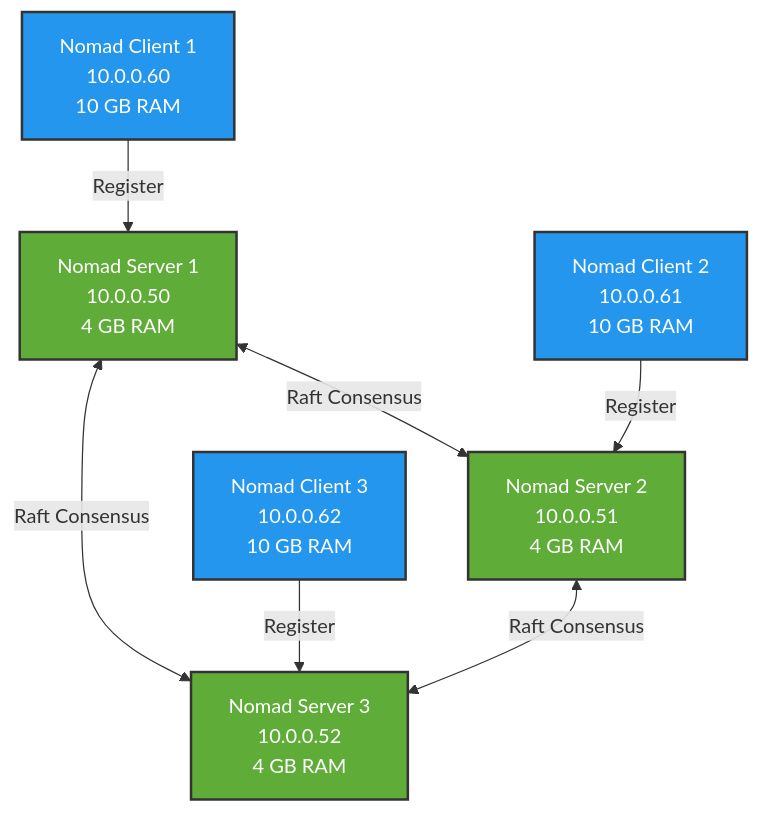
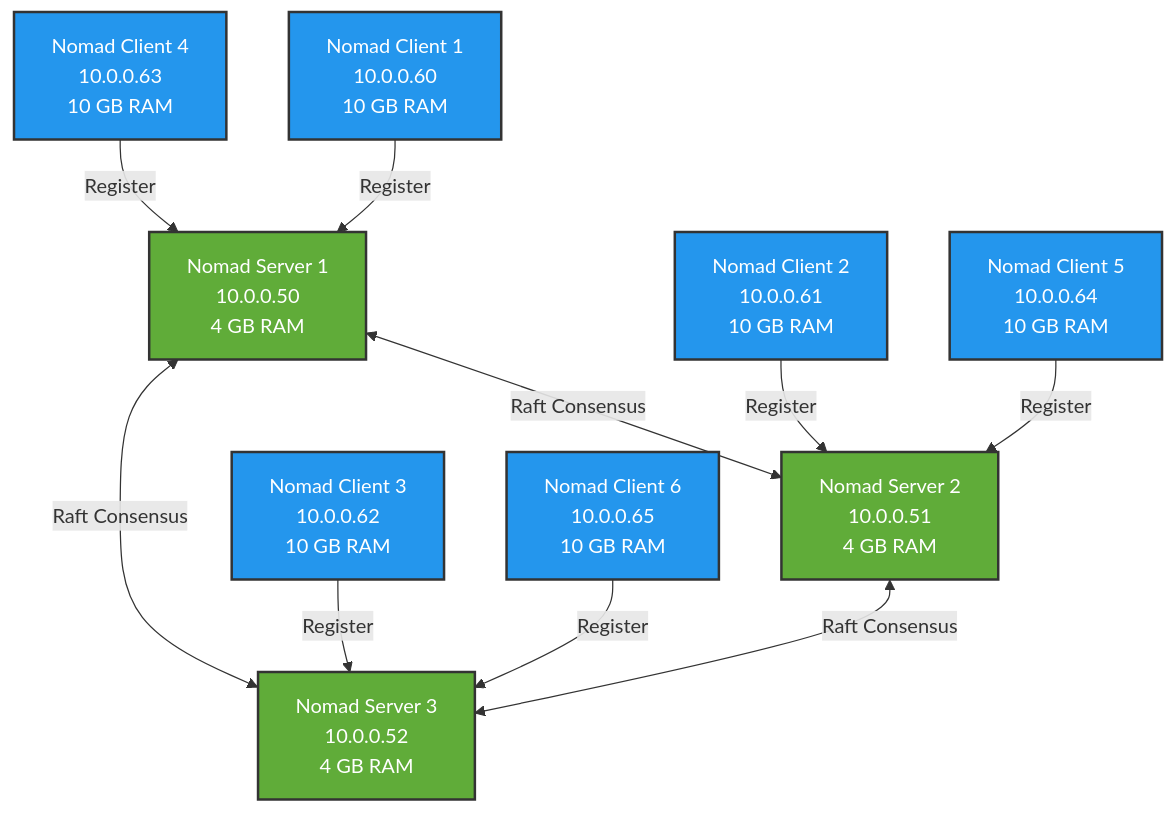
Before and after one commit to jharter1/hashi_homelab: the first of 3 diagrams in README.md, drawn with Mermaid. The commit also changed other lines of this file and 16 other files, not shown here.

First line of the commit message:
Update documentation and scripts for expanded Nomad client infrastructure

````diff
--- a/README.md
+++ b/README.md
@@ -44,24 +44,33 @@
 ```mermaid
 graph TD
     Server1[Nomad Server 1<br/>10.0.0.50<br/>4 GB RAM]
     Server2[Nomad Server 2<br/>10.0.0.51<br/>4 GB RAM]
     Server3[Nomad Server 3<br/>10.0.0.52<br/>4 GB RAM]
     Client1[Nomad Client 1<br/>10.0.0.60<br/>10 GB RAM]
     Client2[Nomad Client 2<br/>10.0.0.61<br/>10 GB RAM]
     Client3[Nomad Client 3<br/>10.0.0.62<br/>10 GB RAM]
+    Client4[Nomad Client 4<br/>10.0.0.63<br/>10 GB RAM]
+    Client5[Nomad Client 5<br/>10.0.0.64<br/>10 GB RAM]
+    Client6[Nomad Client 6<br/>10.0.0.65<br/>10 GB RAM]
     
     Server1 <-->|Raft Consensus| Server2
     Server2 <-->|Raft Consensus| Server3
     Server3 <-->|Raft Consensus| Server1
     
     Client1 -->|Register| Server1
     Client2 -->|Register| Server2
     Client3 -->|Register| Server3
+    Client4 -->|Register| Server1
+    Client5 -->|Register| Server2
+    Client6 -->|Register| Server3
     
     style Server1 fill:#60ac39,stroke:#333,stroke-width:2px,color:white
     style Server2 fill:#60ac39,stroke:#333,stroke-width:2px,color:white
     style Server3 fill:#60ac39,stroke:#333,stroke-width:2px,color:white
     style Client1 fill:#2496ed,stroke:#333,stroke-width:2px,color:white
     style Client2 fill:#2496ed,stroke:#333,stroke-width:2px,color:white
     style Client3 fill:#2496ed,stroke:#333,stroke-width:2px,color:white
+    style Client4 fill:#2496ed,stroke:#333,stroke-width:2px,color:white
+    style Client5 fill:#2496ed,stroke:#333,stroke-width:2px,color:white
+    style Client6 fill:#2496ed,stroke:#333,stroke-width:2px,color:white
 ```
````
